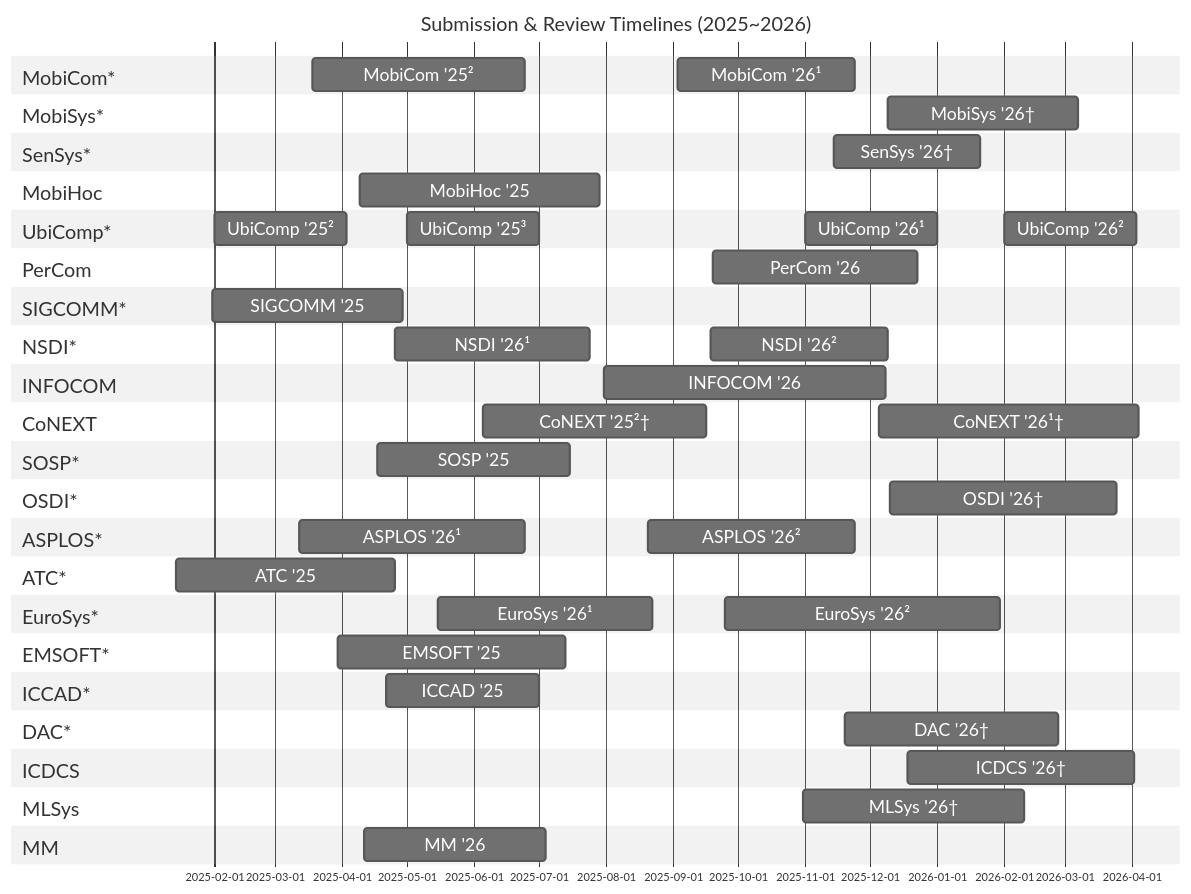
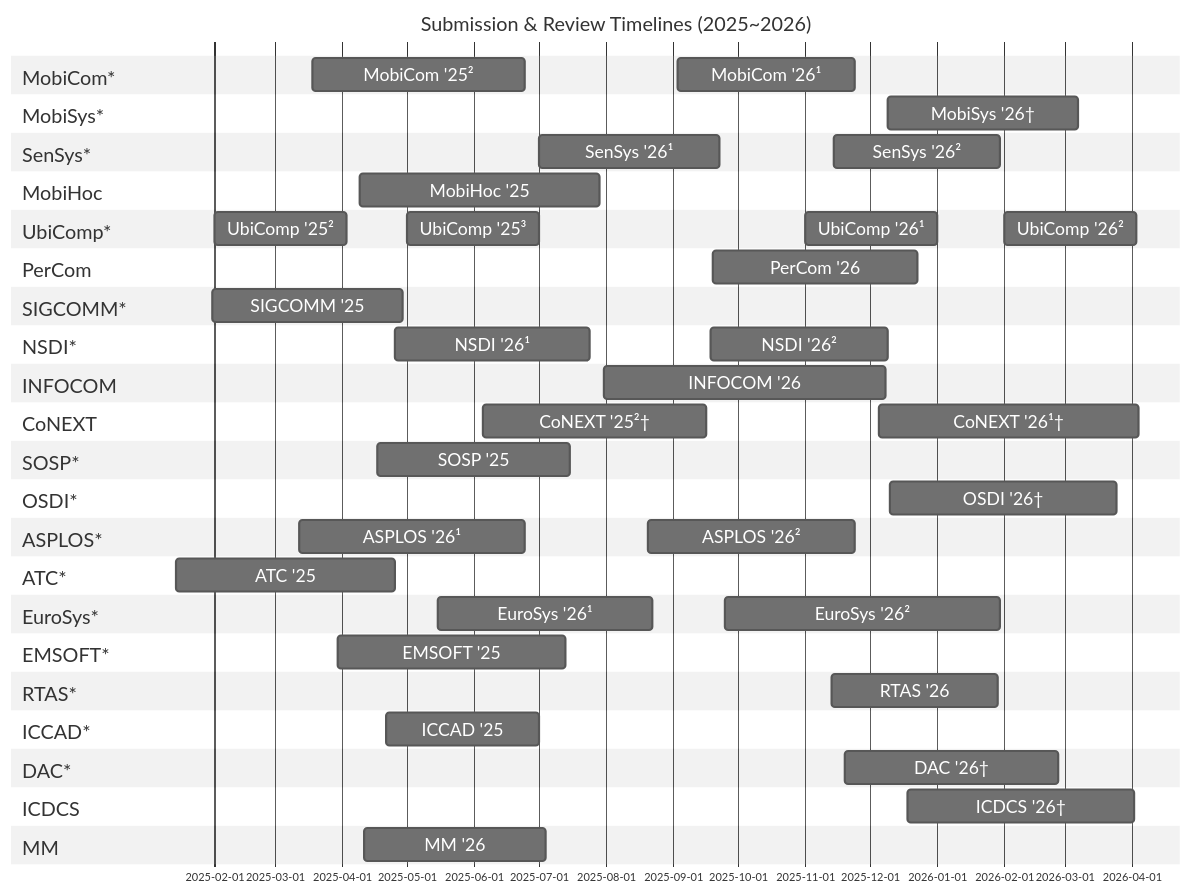
Before and after one commit to iamseonghoon/Mobile-Systems-Conference-Timelines: the diagram in README.md, drawn with Mermaid. The commit also changed other lines of this file, not shown here.

```diff
--- a/README.md
+++ b/README.md
@@ -33,7 +33,8 @@
     MobiSys '26† :mobisys26-review, 2025-12-09, 88d
 
     section SenSys*
-    SenSys '26† :sensys26-review, 2025-11-14, 68d
+    SenSys '26¹ :sensys26-review1, 2025-07-01, 83d
+    SenSys '26² :sensys26-review2, 2025-11-14, 77d
 
     section MobiHoc
     MobiHoc '25 :mobihoc25-review, 2025-04-09, 111d
@@ -90,6 +91,9 @@
     section EMSOFT*
     EMSOFT '25 :emsoft25-review, 2025-03-30, 105d
 
+    section RTAS*
+    RTAS '26 :rtas26-review, 2025-11-13, 77d
+
     section ICCAD*
     ICCAD '25 :iccad25-review, 2025-04-21, 71d
 
@@ -100,12 +104,6 @@
     ICDCS '26† :icdcs26-review, 2025-12-18, 105d
 
     %% --------------------------
-    %% ML
-    %% --------------------------
-    section MLSys
-    MLSys '26† :mlsys26-review, 2025-10-31, 102d
-
-    %% --------------------------
     %% Multimedia
     %% --------------------------
     section MM
```
